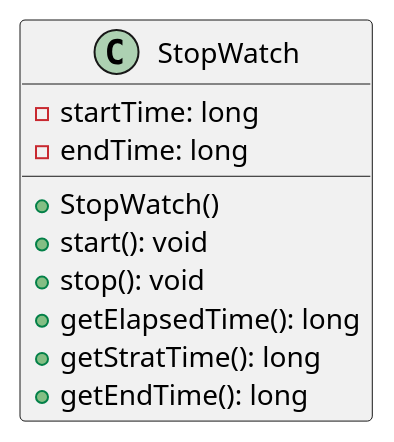
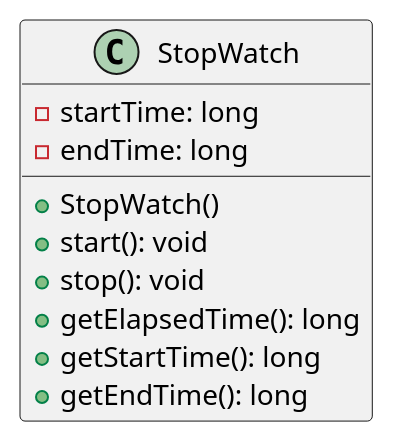
Before and after one commit to emaphis/Introduction_to_Java_Programming: the diagram in Introduction_to_Java_Programming/src/main/java/chapter09/exercise/exercise09_06/StopWatch.puml, drawn with PlantUML. The commit also changed 11 other files, not shown here.

```diff
--- a/Introduction_to_Java_Programming/src/main/java/chapter09/exercise/exercise09_06/StopWatch.puml
+++ b/Introduction_to_Java_Programming/src/main/java/chapter09/exercise/exercise09_06/StopWatch.puml
@@ -1,12 +1,12 @@
 @startuml
 class StopWatch {
     -startTime: long
     -endTime: long
     +StopWatch()
     +start(): void
     +stop(): void
     +getElapsedTime(): long
-    +getStratTime(): long
+    +getStartTime(): long
     +getEndTime(): long
 }
 @enduml
```
